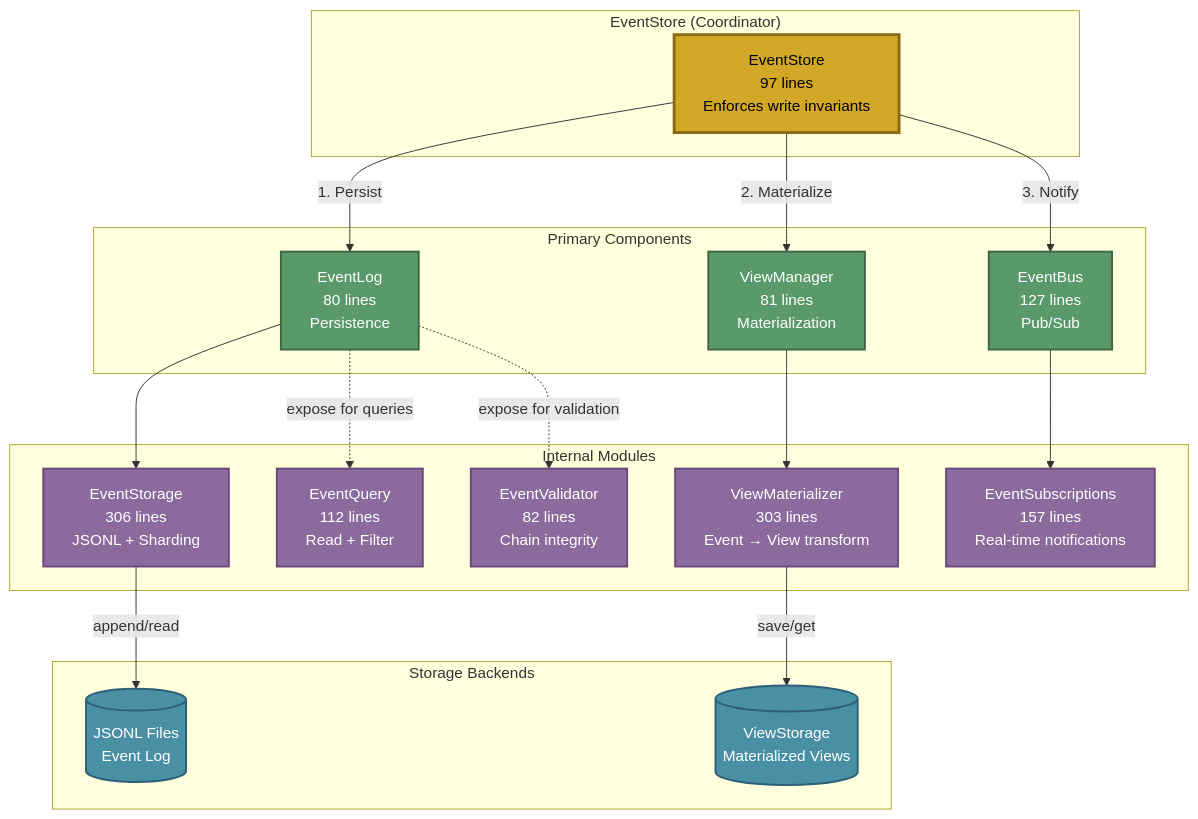
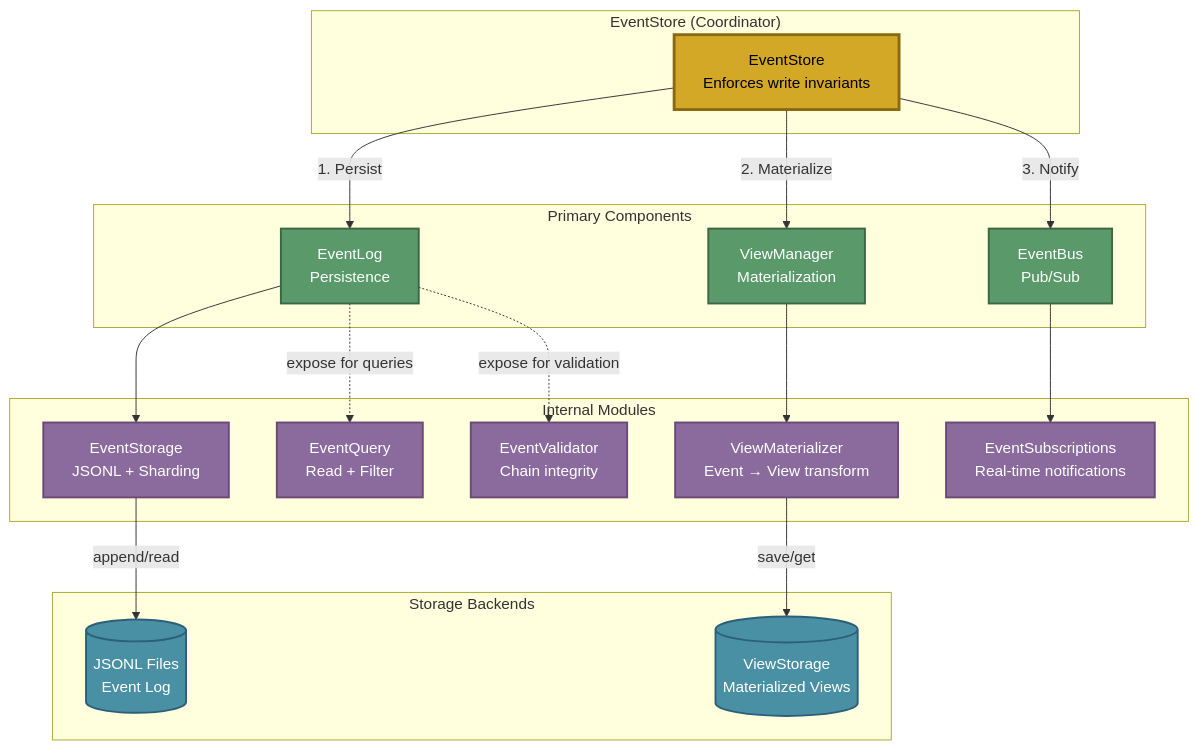
The diagram in docs/services/EVENT-STORE.md (The-AI-Alliance/semiont), drawn with Mermaid before and after one commit. The commit also changed other lines of this file and 11 other files, not shown here.

````diff
--- a/docs/services/EVENT-STORE.md
+++ b/docs/services/EVENT-STORE.md
@@ -123,50 +18,50 @@
 ```mermaid
 graph TB
     subgraph "EventStore (Coordinator)"
-        ES[EventStore<br/>97 lines<br/>Enforces write invariants]
+        ES[EventStore<br/>Enforces write invariants]
     end
 
     subgraph "Primary Components"
-        LOG[EventLog<br/>80 lines<br/>Persistence]
-        BUS[EventBus<br/>127 lines<br/>Pub/Sub]
-        VIEWS[ViewManager<br/>81 lines<br/>Materialization]
+        LOG[EventLog<br/>Persistence]
+        BUS[EventBus<br/>Pub/Sub]
+        VIEWS[ViewManager<br/>Materialization]
     end
 
     subgraph "Internal Modules"
-        STORAGE[EventStorage<br/>306 lines<br/>JSONL + Sharding]
-        SUBS[EventSubscriptions<br/>157 lines<br/>Real-time notifications]
-        MAT[ViewMaterializer<br/>303 lines<br/>Event → View transform]
-        QUERY[EventQuery<br/>112 lines<br/>Read + Filter]
-        VALID[EventValidator<br/>82 lines<br/>Chain integrity]
+        STORAGE[EventStorage<br/>JSONL + Sharding]
+        SUBS[EventSubscriptions<br/>Real-time notifications]
+        MAT[ViewMaterializer<br/>Event → View transform]
+        QUERY[EventQuery<br/>Read + Filter]
+        VALID[EventValidator<br/>Chain integrity]
     end
 
     subgraph "Storage Backends"
         JSONL[(JSONL Files<br/>Event Log)]
         VIEWDB[(ViewStorage<br/>Materialized Views)]
     end
 
     ES -->|1. Persist| LOG
     ES -->|2. Materialize| VIEWS
     ES -->|3. Notify| BUS
 
     LOG --> STORAGE
     LOG -.->|expose for queries| QUERY
     LOG -.->|expose for validation| VALID
 
     BUS --> SUBS
 
     VIEWS --> MAT
 
     STORAGE -->|append/read| JSONL
     MAT -->|save/get| VIEWDB
 
     classDef coordinator fill:#d4a827,stroke:#8b6914,stroke-width:3px,color:#000
     classDef primary fill:#5a9a6a,stroke:#3d6644,stroke-width:2px,color:#fff
     classDef internal fill:#8b6b9d,stroke:#6b4a7a,stroke-width:2px,color:#fff
     classDef storage fill:#4a90a4,stroke:#2c5f7a,stroke-width:2px,color:#fff
 
     class ES coordinator
     class LOG,BUS,VIEWS primary
     class STORAGE,SUBS,MAT,QUERY,VALID internal
     class JSONL,VIEWDB storage
 ```
````
